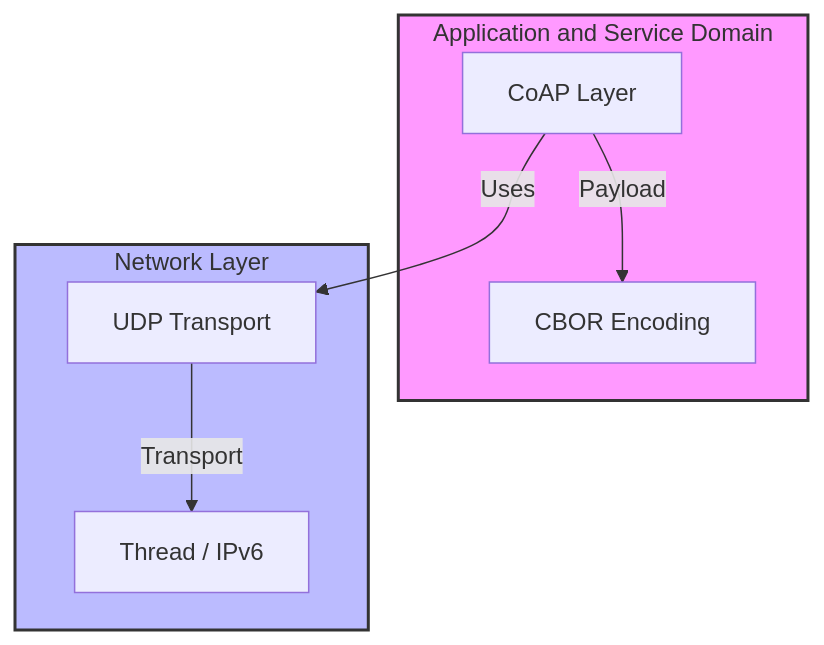
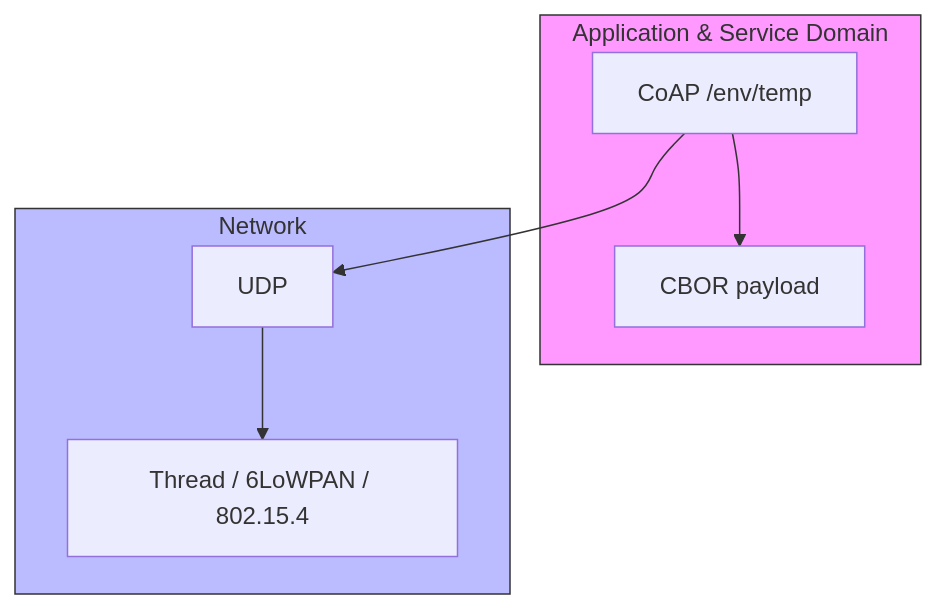
Before and after one commit to lgambab/4201327-IoT_Systems_Design_Labs: the diagram in en/labs/lab3.md, drawn with Mermaid. The commit also changed other lines of this file and 4 other files, not shown here.

````diff
--- a/en/labs/lab3.md
+++ b/en/labs/lab3.md
@@ -47,17 +31,14 @@
 ```mermaid
 graph TD
-    subgraph ASD [Application and Service Domain]
-        CoAP[CoAP Layer]
-        CBOR[CBOR Encoding]
+    subgraph ASD [Application & Service Domain]
+        CoAP[CoAP /env/temp]
+        CBOR[CBOR payload]
     end
-    subgraph Network [Network Layer]
-        UDP[UDP Transport]
-        Thread[Thread / IPv6]
+    subgraph Net [Network]
+        UDP --> Thread[Thread / 6LoWPAN / 802.15.4]
     end
-    CoAP -->|Uses| UDP
-    CoAP -->|Payload| CBOR
-    UDP -->|Transport| Thread
-
-    style ASD fill:#f9f,stroke:#333,stroke-width:2px
-    style Network fill:#bbf,stroke:#333,stroke-width:2px
+    CoAP --> UDP
+    CoAP --> CBOR
+    style ASD fill:#f9f,stroke:#333
+    style Net fill:#bbf,stroke:#333
 ```
````
